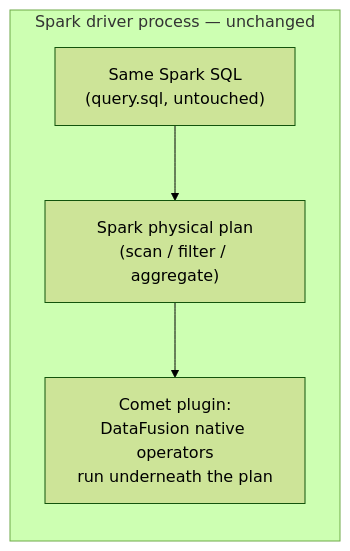
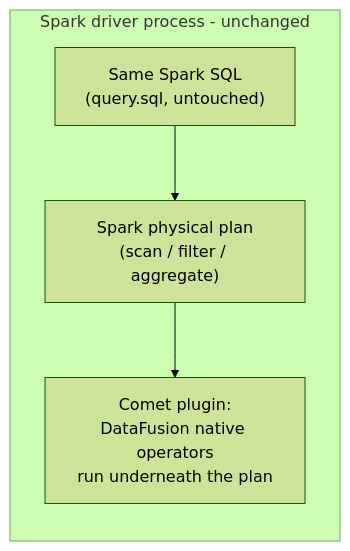
The second of 2 diagrams in book/src/distributed-and-acceleration.md (com-vitthalmirji/datacrate), drawn with Mermaid (forest theme) before and after one commit. The commit also changed other lines of this file and 14 other files, not shown here.

````diff
--- a/book/src/distributed-and-acceleration.md
+++ b/book/src/distributed-and-acceleration.md
@@ -181,9 +181,9 @@
 ```mermaid
 flowchart LR
-    subgraph JVM["Spark driver process — unchanged"]
+    subgraph JVM["Spark driver process - unchanged"]
         SQL["Same Spark SQL\n(query.sql, untouched)"]
         Plan["Spark physical plan\n(scan / filter / aggregate)"]
         Native["Comet plugin:\nDataFusion native operators\nrun underneath the plan"]
         SQL --> Plan --> Native
     end
 ```
````
